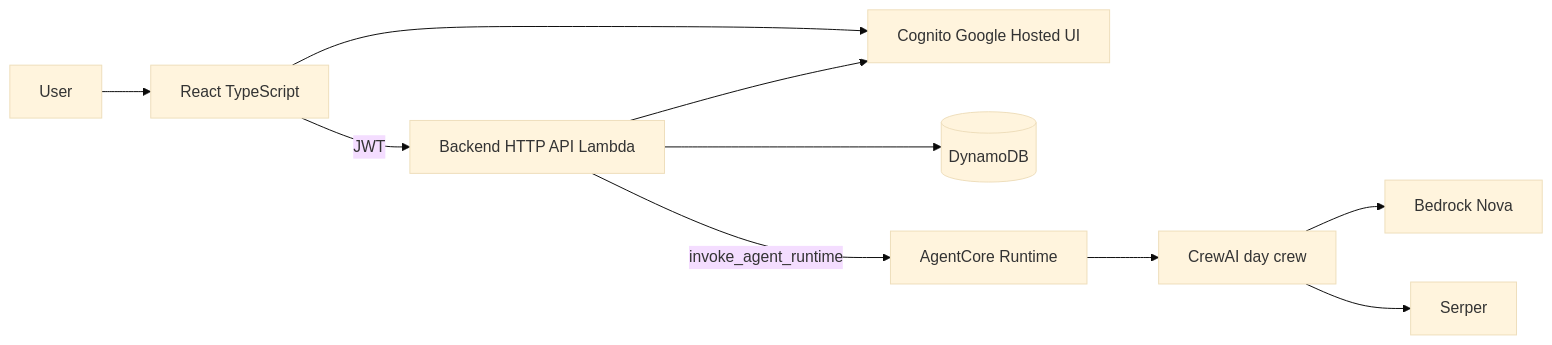
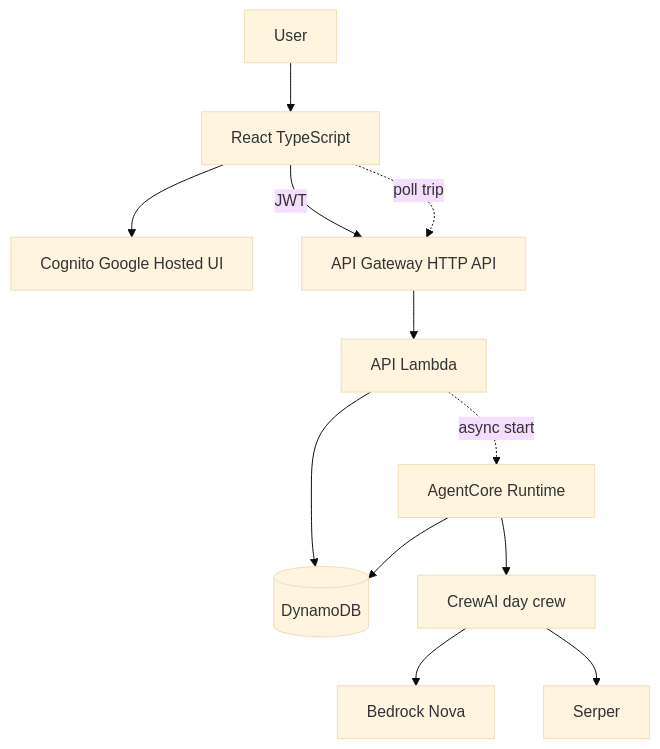
The first of 2 diagrams in README.md (YukiUmetsu/vacation-planner-crewai), drawn with Mermaid (base theme) before and after one commit. The commit also changed other lines of this file and 4 other files, not shown here.

First line of the commit message:
docs: add architecture decision records for Lambda and AgentCore

````diff
--- a/README.md
+++ b/README.md
@@ -43,12 +46,14 @@
 ```mermaid
-flowchart LR
+flowchart TB
   user[User] --> spa[React TypeScript]
   spa --> cognito[Cognito Google Hosted UI]
-  spa -->|"JWT"| api[Backend HTTP API Lambda]
-  api --> cognito
+  spa -->|"JWT"| apigw[API Gateway HTTP API]
+  apigw --> api[API Lambda]
   api --> ddb[(DynamoDB)]
-  api -->|"invoke_agent_runtime"| runtime[AgentCore Runtime]
+  api -.->|"async start"| runtime[AgentCore Runtime]
   runtime --> crew[CrewAI day crew]
+  runtime --> ddb
   crew --> bedrock[Bedrock Nova]
   crew --> serper[Serper]
+  spa -.->|"poll trip"| apigw
 ```
````
